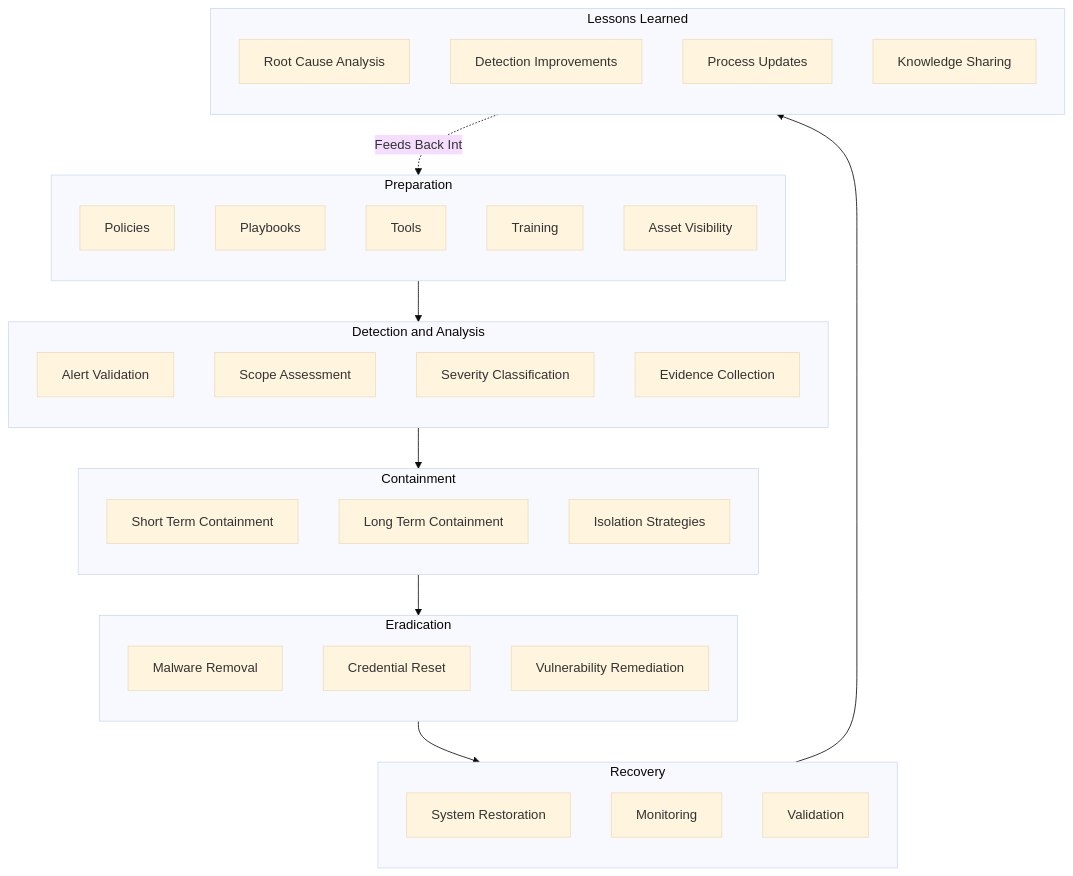
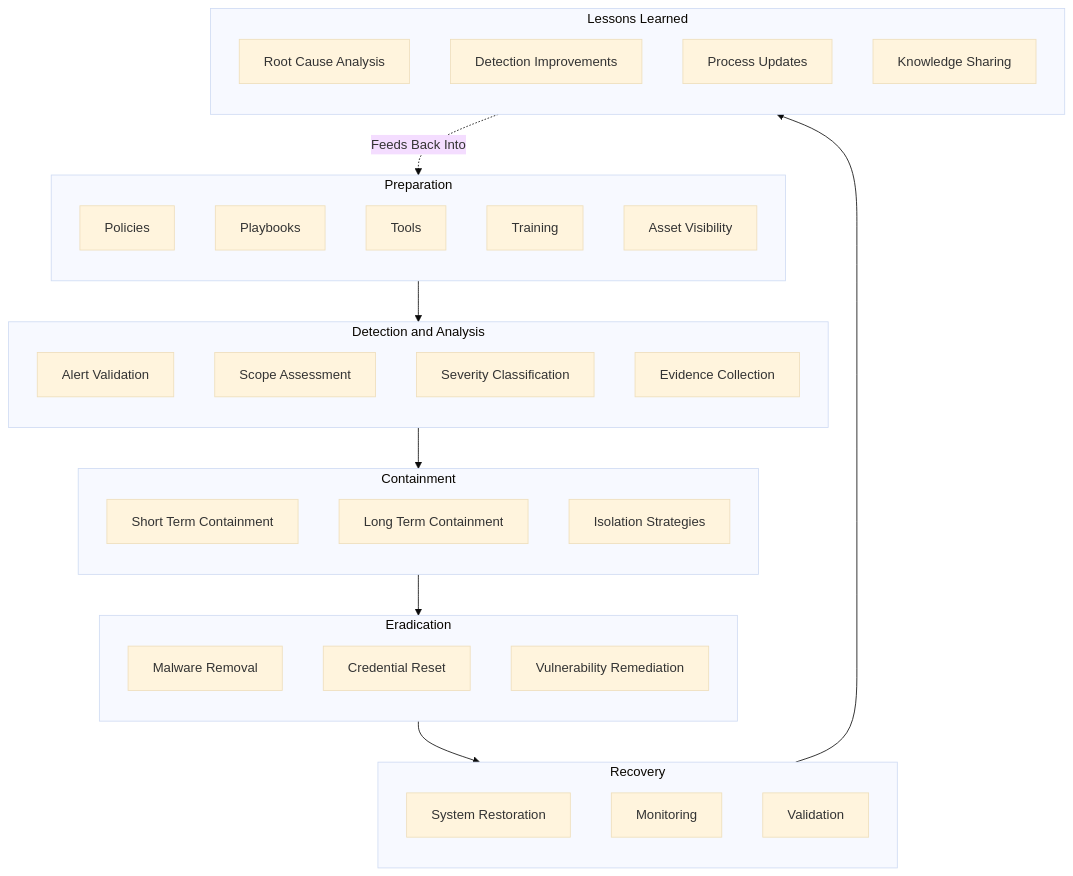
The diagram in architecture/incident-response.mmd (Justjeff211/soc-operations), drawn with Mermaid (base theme) before and after one commit. The commit also changed 1 other file, not shown here.

```diff
--- a/architecture/incident-response.mmd
+++ b/architecture/incident-response.mmd
@@ -1,53 +1,53 @@
 %% Incident Response Lifecycle
 %% Standard SANS and NIST aligned phases, expanded with the key activities inside each phase
 
 flowchart TD
 
     subgraph P["Preparation"]
         direction TB
         P1["Policies"]
         P2["Playbooks"]
         P3["Tools"]
         P4["Training"]
         P5["Asset Visibility"]
     end
 
     subgraph DA["Detection and Analysis"]
         direction TB
         DA1["Alert Validation"]
         DA2["Scope Assessment"]
         DA3["Severity Classification"]
         DA4["Evidence Collection"]
     end
 
     subgraph C["Containment"]
         direction TB
         C1["Short Term Containment"]
         C2["Long Term Containment"]
         C3["Isolation Strategies"]
     end
 
     subgraph E["Eradication"]
         direction TB
         E1["Malware Removal"]
         E2["Credential Reset"]
         E3["Vulnerability Remediation"]
     end
 
     subgraph R["Recovery"]
         direction TB
         R1["System Restoration"]
         R2["Monitoring"]
         R3["Validation"]
     end
 
     subgraph LL["Lessons Learned"]
         direction TB
         LL1["Root Cause Analysis"]
         LL2["Detection Improvements"]
         LL3["Process Updates"]
         LL4["Knowledge Sharing"]
     end
 
     P --> DA --> C --> E --> R --> LL
-    LL -.Feeds Back Into.-> P
+    LL -. Feeds Back Into .-> P
```
